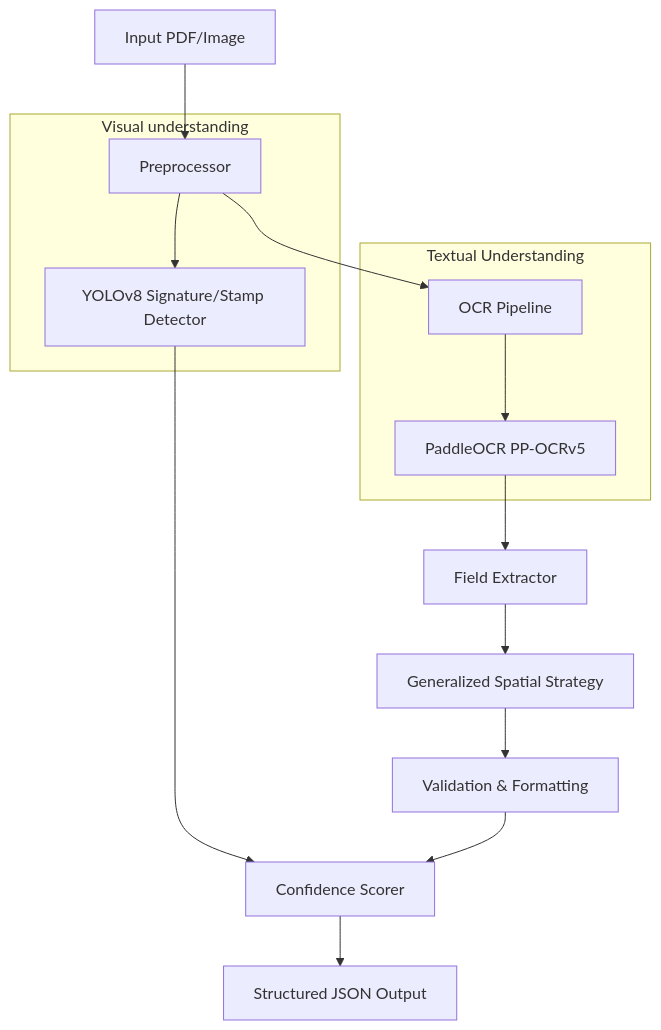
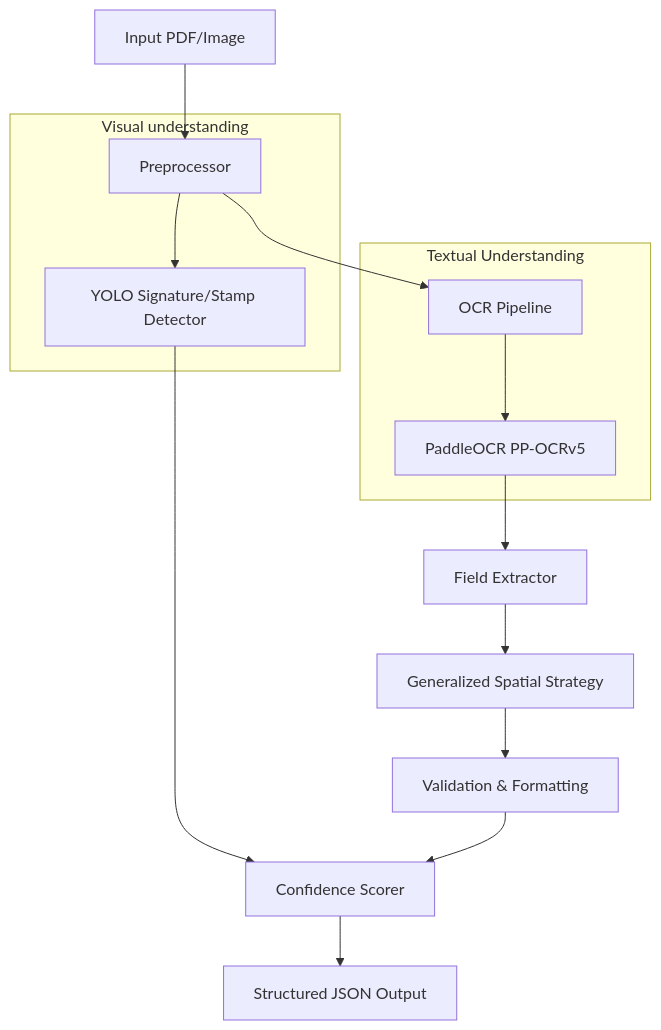
Before and after one commit to epawan/IntelliExtract-DocAI: the diagram in README.md, drawn with Mermaid. The commit also changed other lines of this file, not shown here.

Commit message:
Update README: Use yolo26, focus on signature/stamp, remove training batch

````diff
--- a/README.md
+++ b/README.md
@@ -55,21 +55,21 @@
 ```mermaid
 graph TD
     A[Input PDF/Image] --> B[Preprocessor]
     
     subgraph "Visual understanding"
-    B --> H[YOLOv8 Signature/Stamp Detector]
+    B --> H[YOLO Signature/Stamp Detector]
     end
 
     subgraph "Textual Understanding"
     B --> C[OCR Pipeline]
     C --> D1[PaddleOCR PP-OCRv5]
     end
     
     D1 --> E[Field Extractor]
     E --> F[Generalized Spatial Strategy]
     F --> G[Validation & Formatting]
     
     H --> J[Confidence Scorer]
     G --> J
     J --> K[Structured JSON Output]
 ```
````
